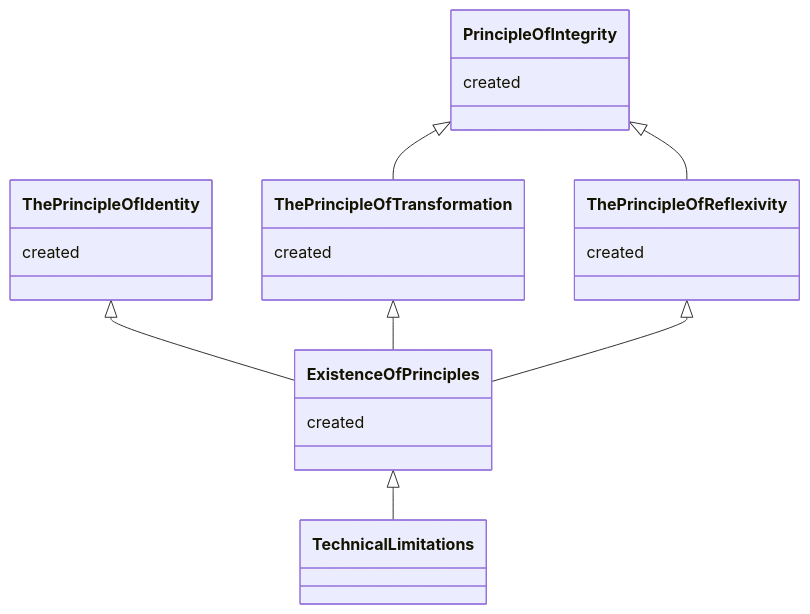
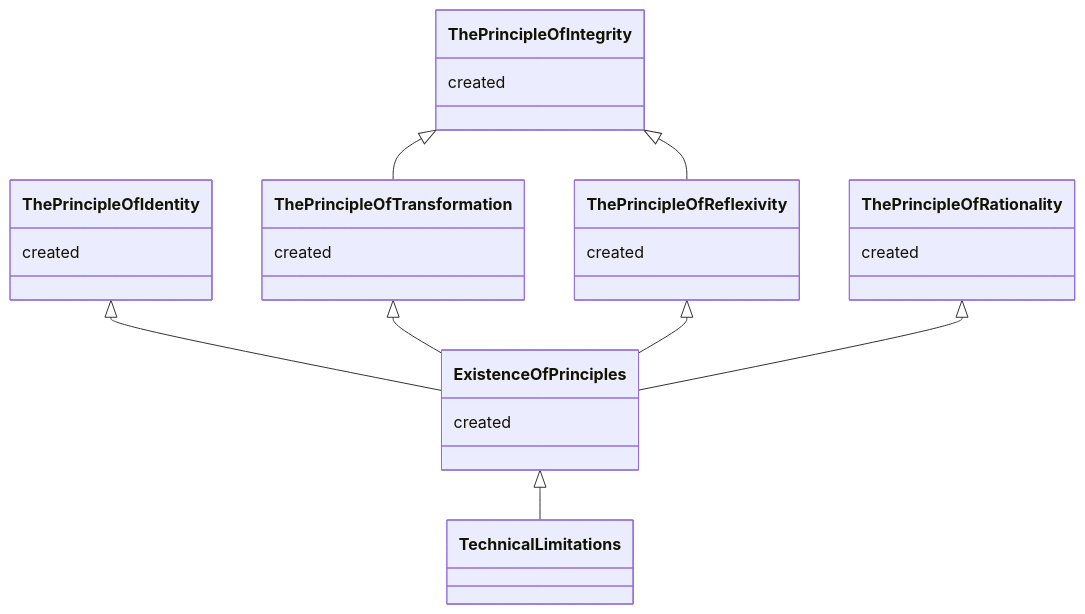
One commit to the-laurel/chain-proposals changed the third of 4 diagrams in evmos/PrecedenceGraph.md. Above: the diagram before and after it, drawn with Mermaid.

````diff
--- a/evmos/PrecedenceGraph.md
+++ b/evmos/PrecedenceGraph.md
@@ -71,38 +71,46 @@
 ```mermaid
 classDiagram
 
 class The Principle Of Reflexivity  {
   created
 }
 link The Principle Of Reflexivity "https://github.com/the-laurel/chain-proposals/blob/main/evmos/PrincipleOfReflexivity.md" 
 
 class The Principle Of Identity  {
   created
 }
 link The Principle Of Identity "https://github.com/the-laurel/chain-proposals/blob/main/evmos/PrincipleOfIdentity.md" 
 
 class The Principle Of Transformation  {
   created
 }
 link The Principle Of Transformation "https://github.com/the-laurel/chain-proposals/blob/main/evmos/PrincipleOfTransformation.md" 
 
 class Existence Of Principles {
   created
 }
 link Existence Of Principles "https://github.com/the-laurel/chain-proposals/blob/main/evmos/ExistenceOfPrinciples.md" 
 
-class Principle Of Integrity {
+class The Principle Of Integrity {
   created
 }
-link Principle Of Integrity "https://github.com/the-laurel/chain-proposals/blob/main/evmos/PrincipleOfIntegrity.md"
+link The Principle Of Integrity "https://github.com/the-laurel/chain-proposals/blob/main/evmos/PrincipleOfIntegrity.md"
 
-Principle Of Integrity  <|-- The Principle Of Transformation
-Principle Of Integrity  <|-- The Principle Of Reflexivity
+class The Principle Of Rationality {
+  created
+}
+link The Principle Of Rationality "https://github.com/the-laurel/chain-proposals/blob/main/evmos/PrincipleOfRationality.md" 
+
+The Principle Of Integrity  <|-- The Principle Of Transformation
+The Principle Of Integrity  <|-- The Principle Of Reflexivity
 
 The Principle Of Identity  <|-- Existence Of Principles 
 The Principle Of Transformation <|-- Existence Of Principles 
 The Principle Of Reflexivity <|-- Existence Of Principles 
+The Principle Of Rationality <|-- Existence Of Principles
 
 Existence Of Principles <|-- Technical Limitations
 
+
+
 ```
````
